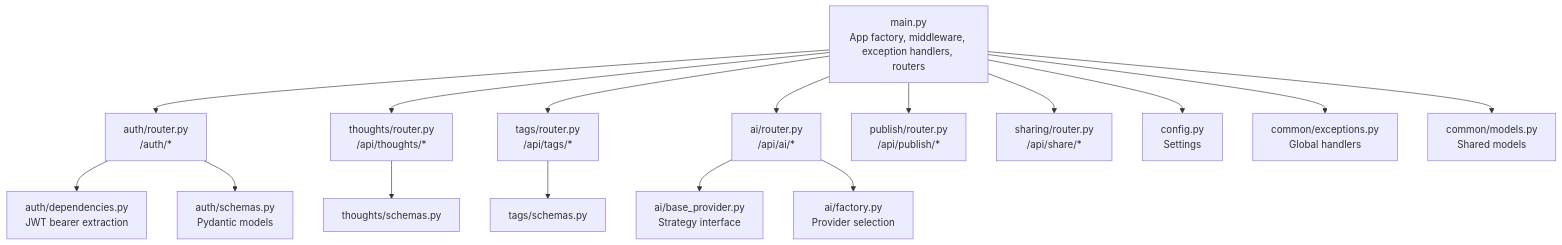
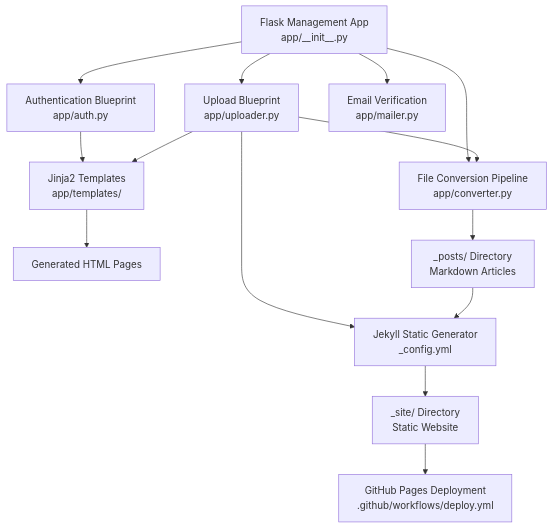
Before and after one commit to PolarisW007/PolaZhenJing: the first of 4 diagrams in .qoder/repowiki/en/content/API Reference/API Reference.md, drawn with Mermaid. The commit also changed other lines of this file and 153 other files, not shown here.

````diff
--- a/.qoder/repowiki/en/content/API Reference/API Reference.md
+++ b/.qoder/repowiki/en/content/API Reference/API Reference.md
@@ -49,18 +53,16 @@
 ```mermaid
 graph TB
-Main["main.py<br/>App factory, middleware, exception handlers, routers"] --> AuthR["auth/router.py<br/>/auth/*"]
-Main --> ThoughtsR["thoughts/router.py<br/>/api/thoughts/*"]
-Main --> TagsR["tags/router.py<br/>/api/tags/*"]
-Main --> AIR["ai/router.py<br/>/api/ai/*"]
-Main --> PubR["publish/router.py<br/>/api/publish/*"]
-Main --> ShareR["sharing/router.py<br/>/api/share/*"]
-AuthR --> AuthDeps["auth/dependencies.py<br/>JWT bearer extraction"]
-AuthR --> AuthSchemas["auth/schemas.py<br/>Pydantic models"]
-ThoughtsR --> ThoughtsSchemas["thoughts/schemas.py"]
-TagsR --> TagsSchemas["tags/schemas.py"]
-AIR --> AIProvider["ai/base_provider.py<br/>Strategy interface"]
-AIR --> AIFactory["ai/factory.py<br/>Provider selection"]
-Main --> Cfg["config.py<br/>Settings"]
-Main --> Ex["common/exceptions.py<br/>Global handlers"]
-Main --> Models["common/models.py<br/>Shared models"]
+FlaskApp["Flask Management App<br/>app/__init__.py"] --> AuthBP["Authentication Blueprint<br/>app/auth.py"]
+FlaskApp --> UploadBP["Upload Blueprint<br/>app/uploader.py"]
+FlaskApp --> Converter["File Conversion Pipeline<br/>app/converter.py"]
+FlaskApp --> Mailer["Email Verification<br/>app/mailer.py"]
+AuthBP --> Templates["Jinja2 Templates<br/>app/templates/"]
+UploadBP --> Templates
+UploadBP --> Converter
+UploadBP --> Jekyll["Jekyll Static Generator<br/>_config.yml"]
+Templates --> HTML["Generated HTML Pages"]
+Converter --> Posts["_posts/ Directory<br/>Markdown Articles"]
+Posts --> Jekyll
+Jekyll --> Site["_site/ Directory<br/>Static Website"]
+Site --> GitHubPages["GitHub Pages Deployment<br/>.github/workflows/deploy.yml"]
 ```
````
